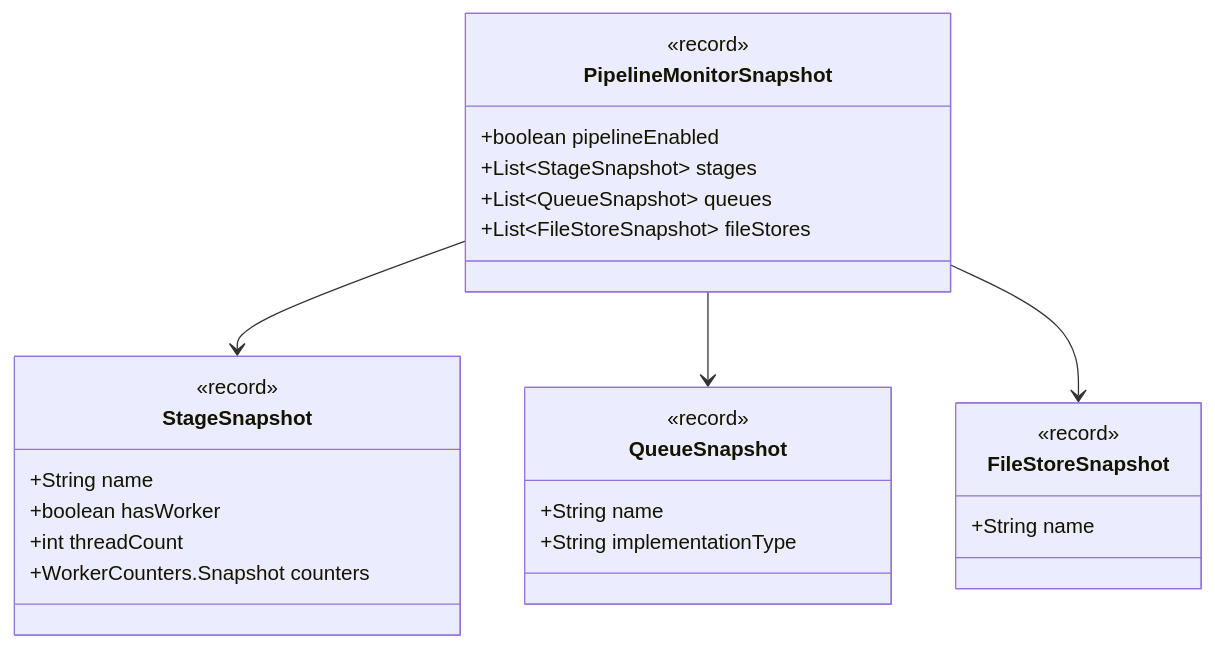
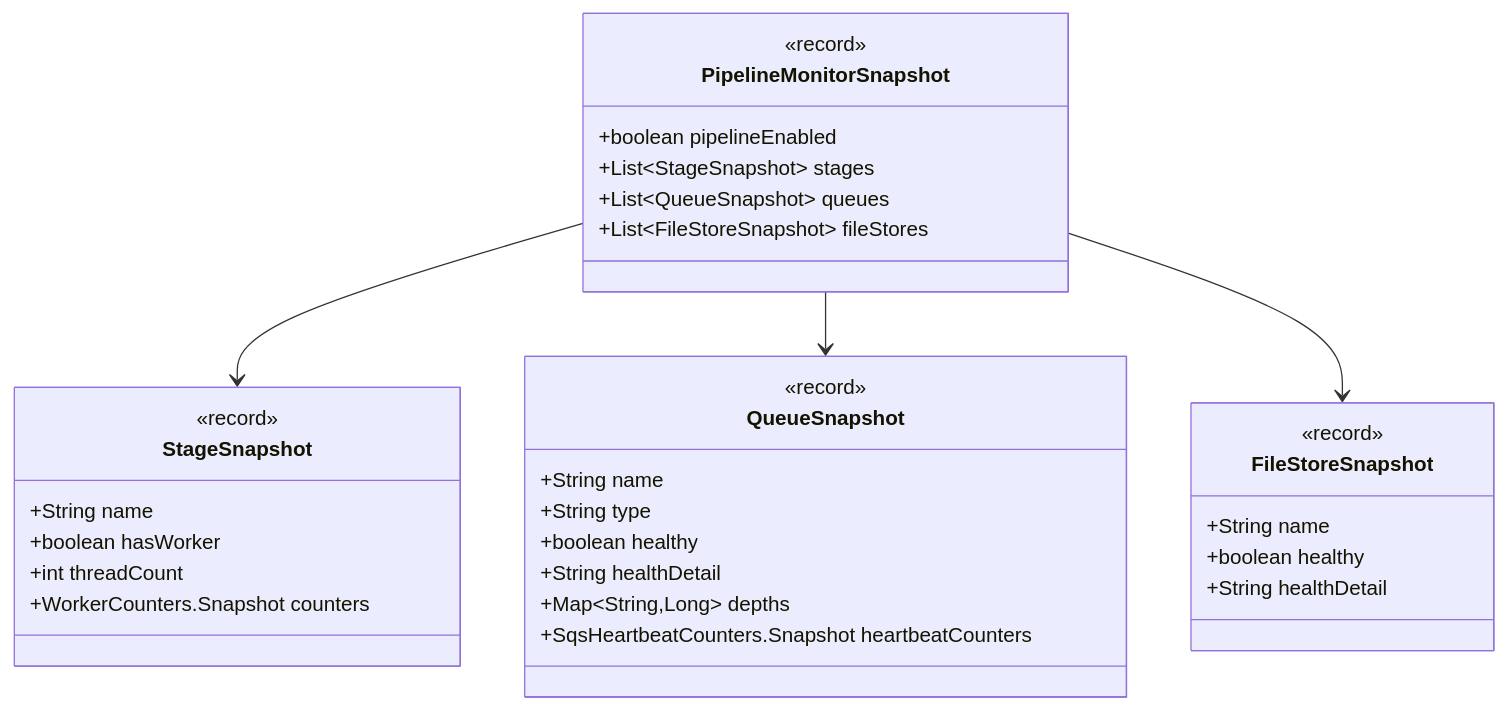
One commit to gchq/stroom changed the tenth of 10 diagrams in stroom-proxy/designs/detailed-design-runtime.md. Above: the diagram before and after it, drawn with Mermaid. The commit also changed other lines of this file and 22 other files, not shown here.

````diff
--- a/stroom-proxy/designs/detailed-design-runtime.md
+++ b/stroom-proxy/designs/detailed-design-runtime.md
@@ -292,33 +305,39 @@
 ```mermaid
 classDiagram
     class PipelineMonitorSnapshot {
         <<record>>
         +boolean pipelineEnabled
         +List~StageSnapshot~ stages
         +List~QueueSnapshot~ queues
         +List~FileStoreSnapshot~ fileStores
     }
 
     class StageSnapshot {
         <<record>>
         +String name
         +boolean hasWorker
         +int threadCount
         +WorkerCounters.Snapshot counters
     }
 
     class QueueSnapshot {
         <<record>>
         +String name
-        +String implementationType
+        +String type
+        +boolean healthy
+        +String healthDetail
+        +Map~String,Long~ depths
+        +SqsHeartbeatCounters.Snapshot heartbeatCounters
     }
 
     class FileStoreSnapshot {
         <<record>>
         +String name
+        +boolean healthy
+        +String healthDetail
     }
 
     PipelineMonitorSnapshot --> StageSnapshot
     PipelineMonitorSnapshot --> QueueSnapshot
     PipelineMonitorSnapshot --> FileStoreSnapshot
 ```
````
